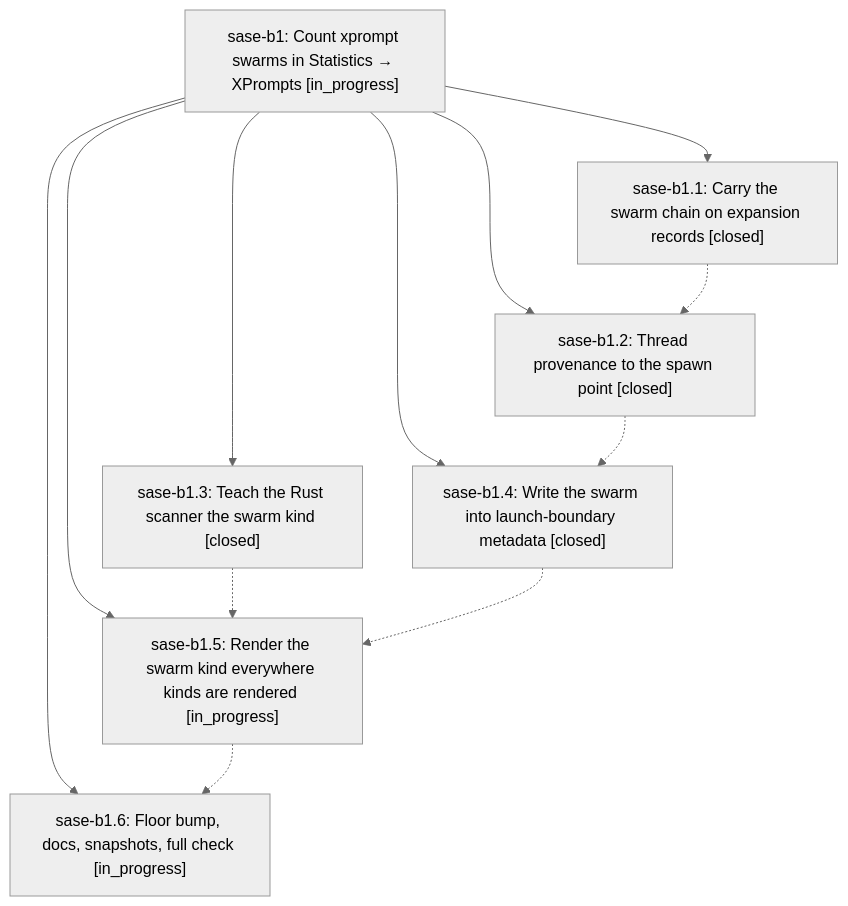
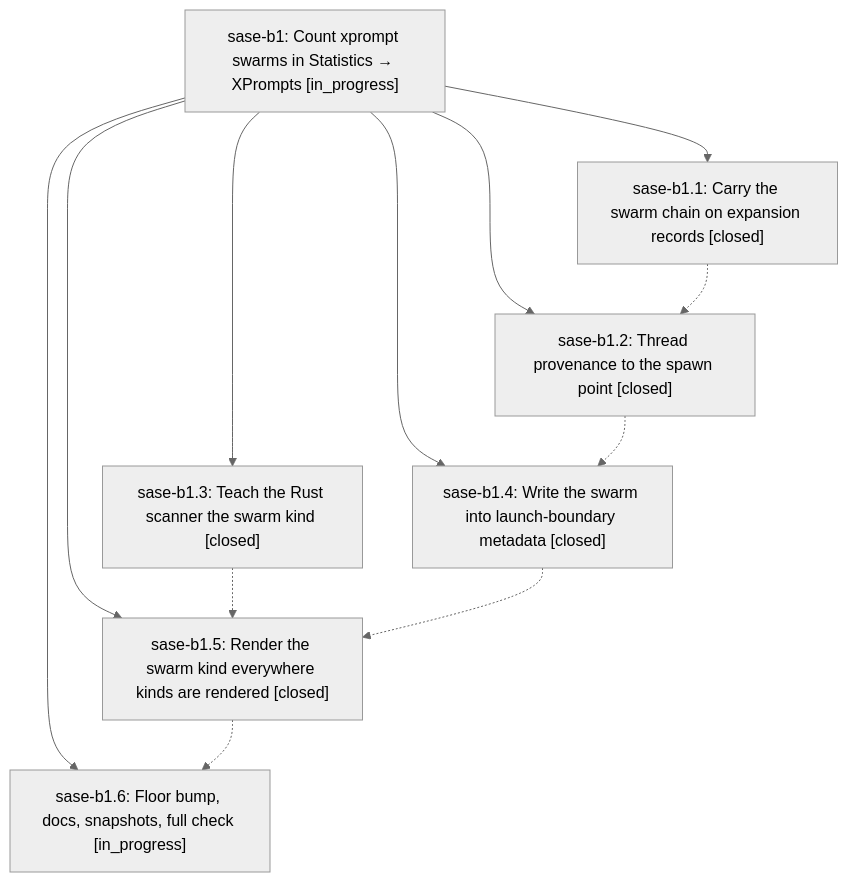
One commit to sase-org/sase--beads changed the diagram in pages/sase-b1/README.md. Above: the diagram before and after it, drawn with Mermaid (neutral theme). The commit also changed other lines of this file and 4 other files, not shown here.

````diff
--- a/pages/sase-b1/README.md
+++ b/pages/sase-b1/README.md
@@ -27,21 +27,21 @@
 ```mermaid
 flowchart TD
     n0["sase-b1: Count xprompt swarms in Statistics → XPrompts [in_progress]"]
     n1["sase-b1.1: Carry the swarm chain on expansion records [closed]"]
     n2["sase-b1.2: Thread provenance to the spawn point [closed]"]
     n3["sase-b1.3: Teach the Rust scanner the swarm kind [closed]"]
     n4["sase-b1.4: Write the swarm into launch-boundary metadata [closed]"]
-    n5["sase-b1.5: Render the swarm kind everywhere kinds are rendered [in_progress]"]
+    n5["sase-b1.5: Render the swarm kind everywhere kinds are rendered [closed]"]
     n6["sase-b1.6: Floor bump, docs, snapshots, full check [in_progress]"]
     n0 --> n1
     n0 --> n2
     n0 --> n3
     n0 --> n4
     n0 --> n5
     n0 --> n6
     n1 -.-> n2
     n2 -.-> n4
     n3 -.-> n5
     n4 -.-> n5
     n5 -.-> n6
 ```
````
